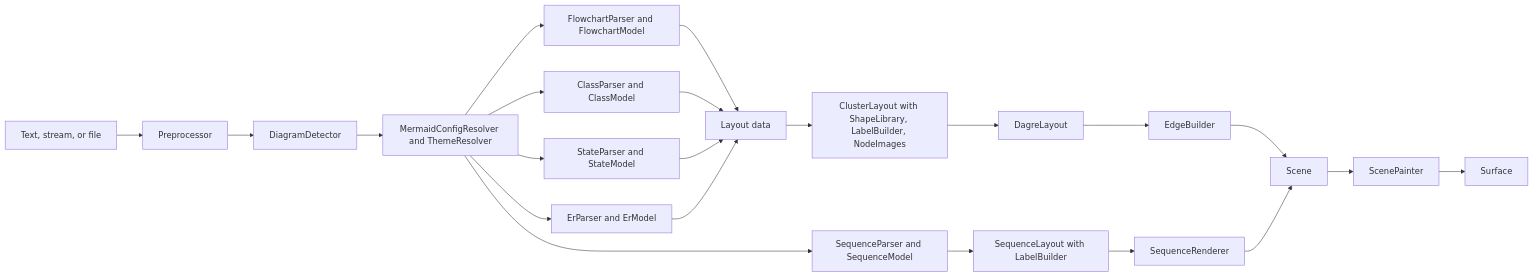
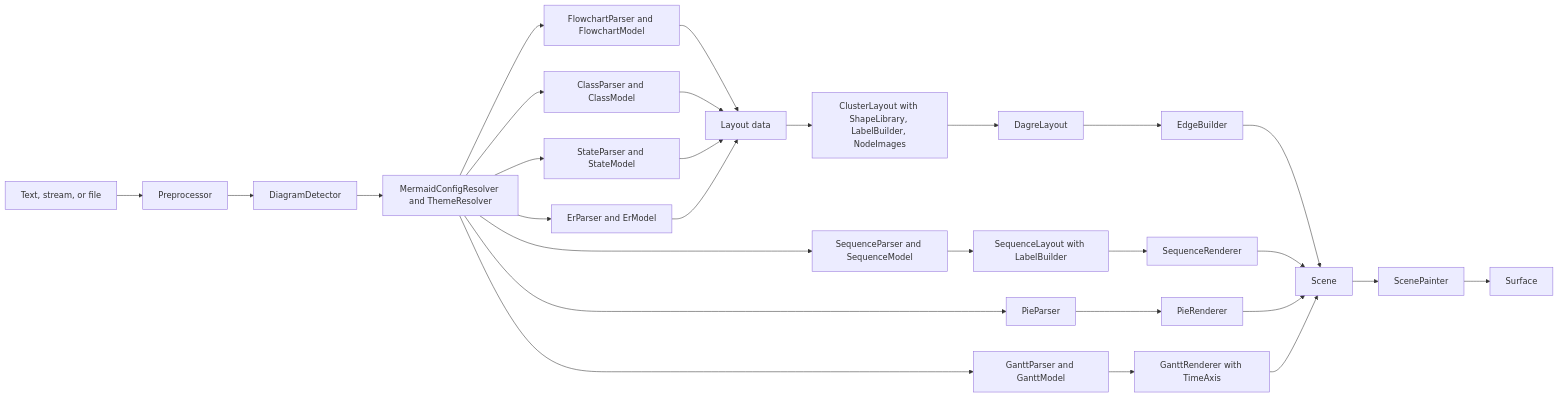
The diagram in docs/design/canvas-net-mermaid.md (demaconsulting/CanvasNet), drawn with Mermaid before and after one commit. The commit also changed other lines of this file and 233 other files, not shown here.

First line of the commit message:
Mermaid Phase 3a: native pie and gantt charts (d3 time-axis port), Viewer, CLI and Pandoc support (#131)

````diff
--- a/docs/design/canvas-net-mermaid.md
+++ b/docs/design/canvas-net-mermaid.md
@@ -201,24 +227,30 @@
 ```mermaid
 flowchart LR
     T[Text, stream, or file] --> P[Preprocessor]
     P --> D[DiagramDetector]
     D --> C[MermaidConfigResolver and ThemeResolver]
     C --> F[FlowchartParser and FlowchartModel]
     F --> L[Layout data]
     L --> R[ClusterLayout with ShapeLibrary, LabelBuilder, NodeImages]
     R --> G[DagreLayout]
     G --> E[EdgeBuilder]
     E --> S[Scene]
     C --> Q[SequenceParser and SequenceModel]
     Q --> Y[SequenceLayout with LabelBuilder]
     Y --> W[SequenceRenderer]
     W --> S
     C --> K[ClassParser and ClassModel]
     K --> L
     C --> N[StateParser and StateModel]
     N --> L
     C --> M[ErParser and ErModel]
     M --> L
+    C --> PP[PieParser]
+    PP --> PR[PieRenderer]
+    PR --> S
+    C --> GP[GanttParser and GanttModel]
+    GP --> GR[GanttRenderer with TimeAxis]
+    GR --> S
     S --> X[ScenePainter]
     X --> O[Surface]
 ```
````
